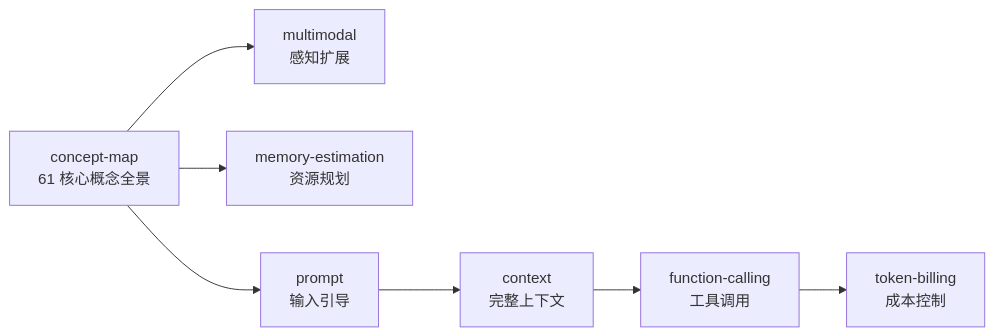
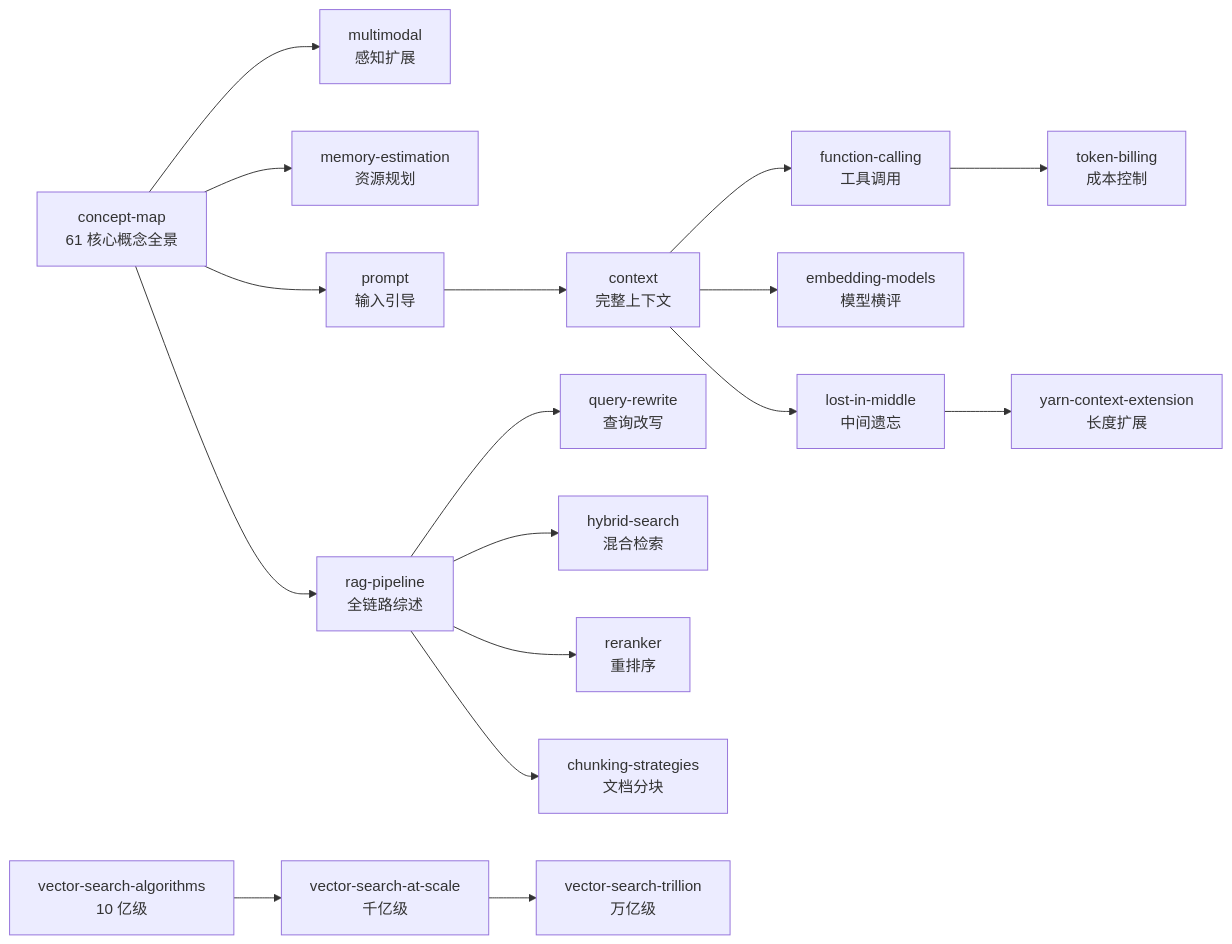
Before and after one commit to wb04307201/wb04307201: the diagram in note/11.ai/02-technology-stack/README.md, drawn with Mermaid. The commit also changed other lines of this file and 5 other files, not shown here.

````diff
--- a/note/11.ai/02-technology-stack/README.md
+++ b/note/11.ai/02-technology-stack/README.md
@@ -44,9 +63,22 @@
 ```mermaid
 graph LR
     A[concept-map<br/>61 核心概念全景] --> B[multimodal<br/>感知扩展]
     A --> C[memory-estimation<br/>资源规划]
     A --> D[prompt<br/>输入引导]
     D --> E[context<br/>完整上下文]
     E --> F[function-calling<br/>工具调用]
     F --> G[token-billing<br/>成本控制]
+
+    A --> R[rag-pipeline<br/>全链路综述]
+    R --> R1[query-rewrite<br/>查询改写]
+    R --> R2[hybrid-search<br/>混合检索]
+    R --> R3[reranker<br/>重排序]
+    R --> R4[chunking-strategies<br/>文档分块]
+
+    V[vector-search-algorithms<br/>10 亿级] --> V2[vector-search-at-scale<br/>千亿级]
+    V2 --> V3[vector-search-trillion<br/>万亿级]
+
+    E --> EM[embedding-models<br/>模型横评]
+    E --> LM[lost-in-middle<br/>中间遗忘]
+    LM --> Y[yarn-context-extension<br/>长度扩展]
 ```
````
